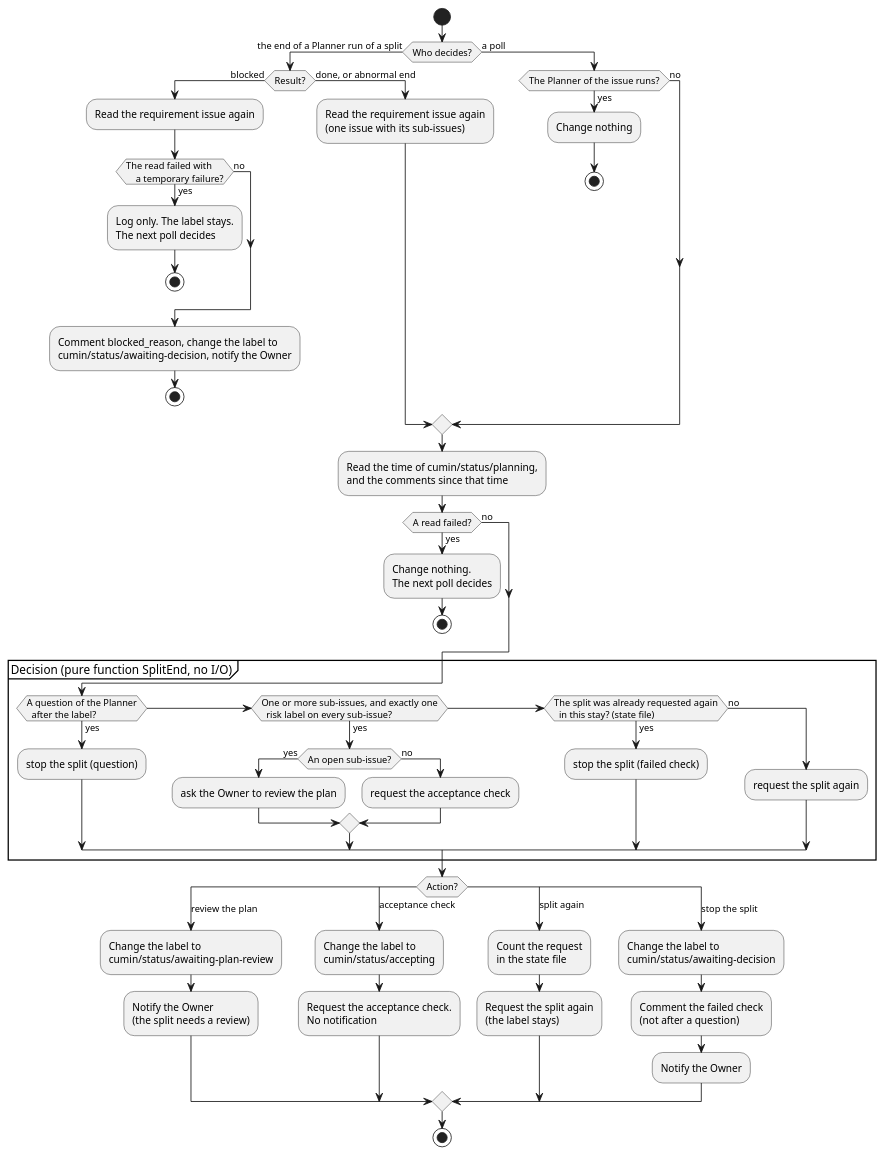
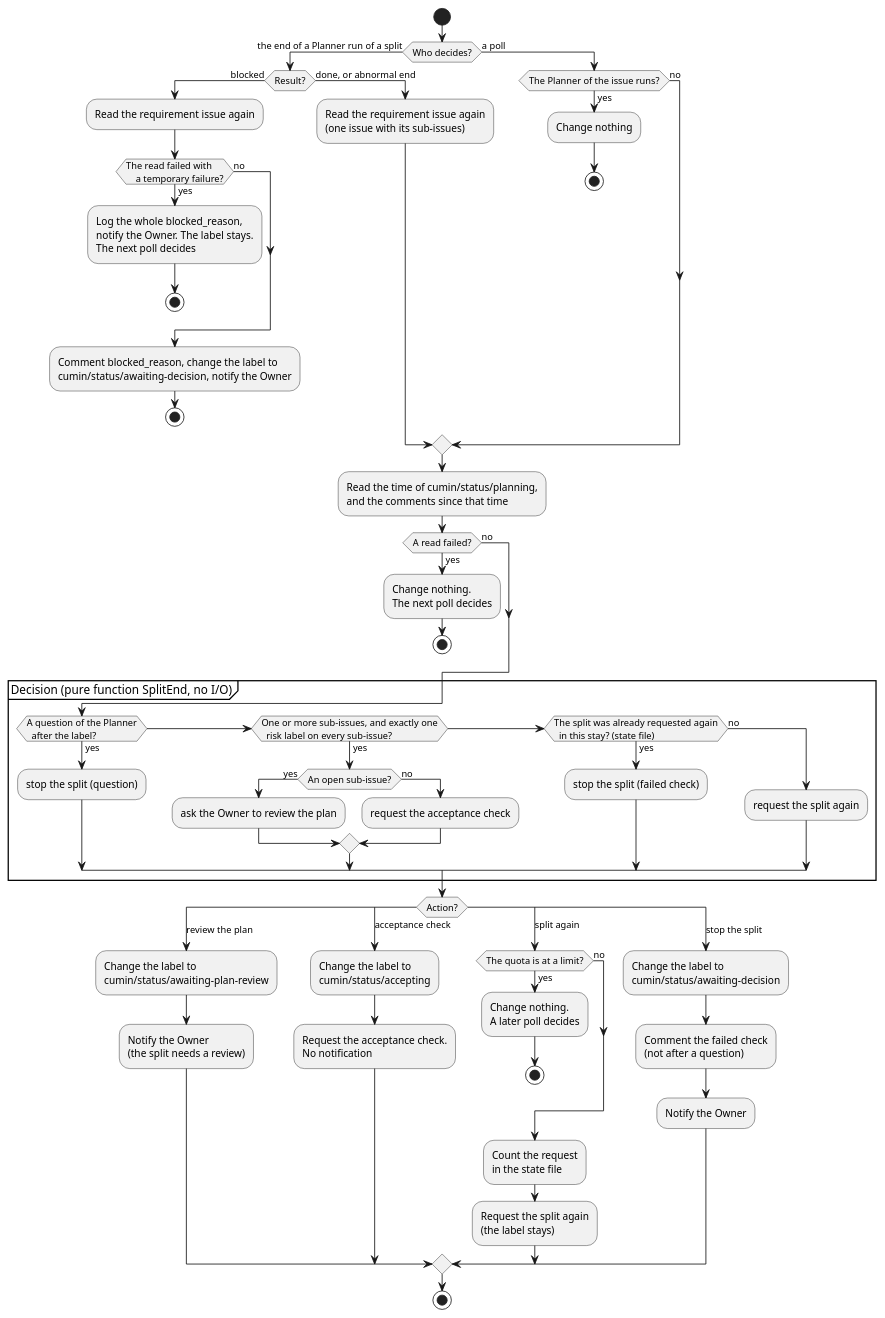
Before and after one commit to cloveclovedev/cumin-works: the diagram in docs/ja/designs/poll-split.puml, drawn with PlantUML. The commit also changed 8 other files, not shown here.

```diff
--- a/docs/ja/designs/poll-split.puml
+++ b/docs/ja/designs/poll-split.puml
@@ -1,83 +1,90 @@
 @startuml poll-split
 ' cumin works - the way out of cumin/status/planning: the decision that a poll and the end of a Planner run share, the second request of the split, and the way back to the Owner.
 ' Document: poll.md, sections on the decision of the poll and on the end of a run.
 ' Render: run scripts/render-diagrams.sh at the root of the repository.
 skinparam shadowing false
 skinparam defaultFontName sans-serif
 
 start
 if (Who decides?) then (the end of a Planner run of a split)
   if (Result?) then (blocked)
     :Read the requirement issue again;
     if (The read failed with
     a temporary failure?) then (yes)
-      :Log only. The label stays.
+      :Log the whole blocked_reason,
+      notify the Owner. The label stays.
       The next poll decides;
       stop
     else (no)
     endif
     :Comment blocked_reason, change the label to
     cumin/status/awaiting-decision, notify the Owner;
     stop
   else (done, or abnormal end)
     :Read the requirement issue again
     (one issue with its sub-issues);
   endif
 else (a poll)
   if (The Planner of the issue runs?) then (yes)
     :Change nothing;
     stop
   else (no)
   endif
 endif
 :Read the time of cumin/status/planning,
 and the comments since that time;
 if (A read failed?) then (yes)
   :Change nothing.
   The next poll decides;
   stop
 else (no)
 endif
 partition "Decision (pure function SplitEnd, no I/O)" {
   if (A question of the Planner
   after the label?) then (yes)
     :stop the split (question);
   elseif (One or more sub-issues, and exactly one
   risk label on every sub-issue?) then (yes)
     if (An open sub-issue?) then (yes)
       :ask the Owner to review the plan;
     else (no)
       :request the acceptance check;
     endif
   elseif (The split was already requested again
   in this stay? (state file)) then (yes)
     :stop the split (failed check);
   else (no)
     :request the split again;
   endif
 }
 switch (Action?)
 case (review the plan)
   :Change the label to
   cumin/status/awaiting-plan-review;
   :Notify the Owner
   (the split needs a review);
 case (acceptance check)
   :Change the label to
   cumin/status/accepting;
   :Request the acceptance check.
   No notification;
 case (split again)
+  if (The quota is at a limit?) then (yes)
+    :Change nothing.
+    A later poll decides;
+    stop
+  else (no)
+  endif
   :Count the request
   in the state file;
   :Request the split again
   (the label stays);
 case (stop the split)
   :Change the label to
   cumin/status/awaiting-decision;
   :Comment the failed check
   (not after a question);
   :Notify the Owner;
 endswitch
 stop
 @enduml
```
